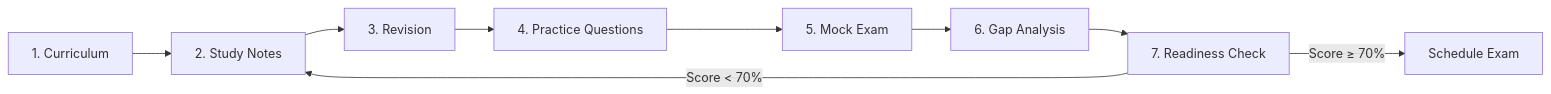
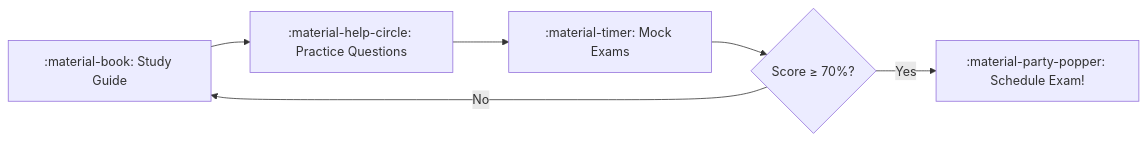
The second of 2 diagrams in docs/index.md (JohannesRabauer/gh-600-preparation), drawn with Mermaid before and after one commit. The commit also changed other lines of this file and 4 other files, not shown here.

````diff
--- a/docs/index.md
+++ b/docs/index.md
@@ -69,11 +52,8 @@
 ```mermaid
-graph LR
-    A[1. Curriculum] --> B[2. Study Notes]
-    B --> C[3. Revision]
-    C --> D[4. Practice Questions]
-    D --> E[5. Mock Exam]
-    E --> F[6. Gap Analysis]
-    F --> G[7. Readiness Check]
-    G -->|Score < 70%| B
-    G -->|Score ≥ 70%| H[Schedule Exam]
+flowchart LR
+    A[":material-book: Study Guide"] --> B[":material-help-circle: Practice Questions"]
+    B --> C[":material-timer: Mock Exams"]
+    C --> D{Score ≥ 70%?}
+    D -->|Yes| E[":material-party-popper: Schedule Exam!"]
+    D -->|No| A
 ```
````
